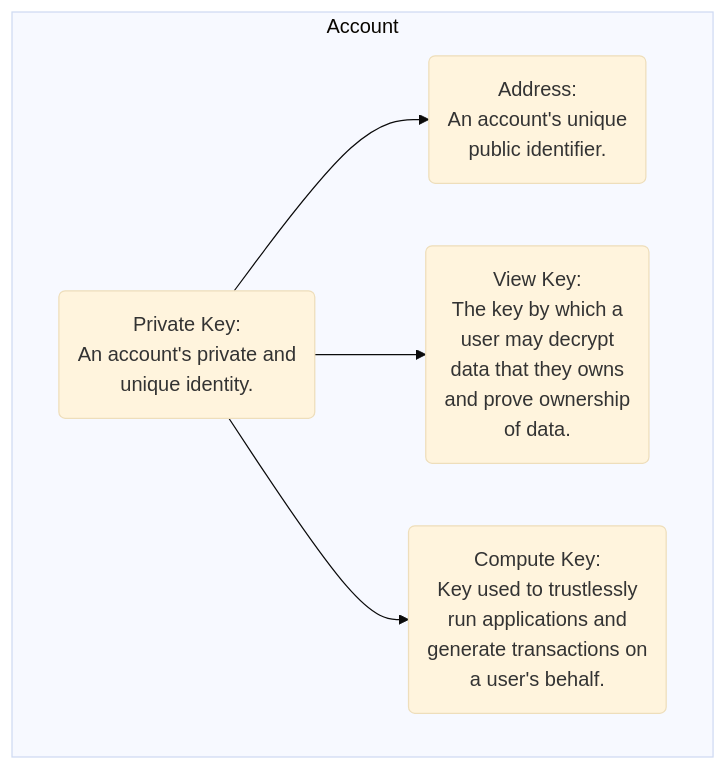
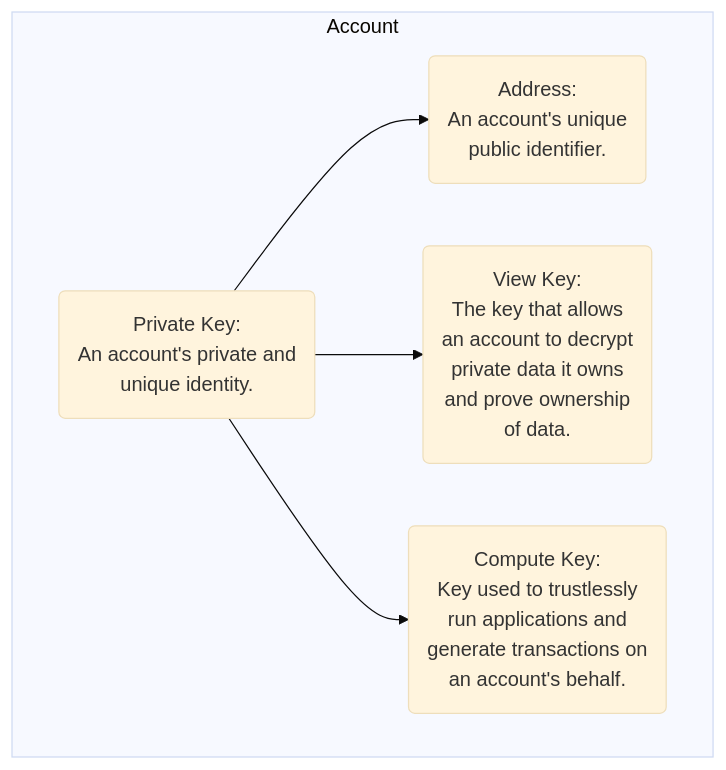
Before and after one commit to ProvableHQ/sdk: the diagram in docs/Guide/03_creating_accounts.md, drawn with Mermaid (base theme). The commit also changed other lines of this file, not shown here.

Commit message:
corrected grammar in accounts documentation

````diff
--- a/docs/Guide/03_creating_accounts.md
+++ b/docs/Guide/03_creating_accounts.md
@@ -45,31 +45,31 @@
 ```mermaid
 flowchart TD
     subgraph Account
         B(
             Private Key:
             An account's private and
             unique identity.
         )
         B --> C(
             Address:
             An account's unique
             public identifier.
         )
         B --> D(
             View Key:
-            The key by which a
-            user may decrypt
-            data that they owns
+            The key that allows
+            an account to decrypt
+            private data it owns
             and prove ownership
             of data.
             
         )
         B --> E(
             Compute Key:
             Key used to trustlessly
             run applications and
             generate transactions on
-            a user's behalf.
+            an account's behalf.
         )
     end
 ```
````
